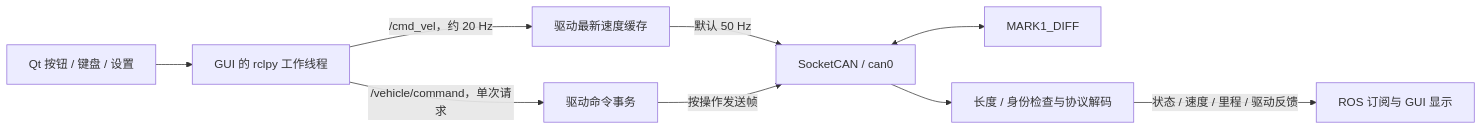
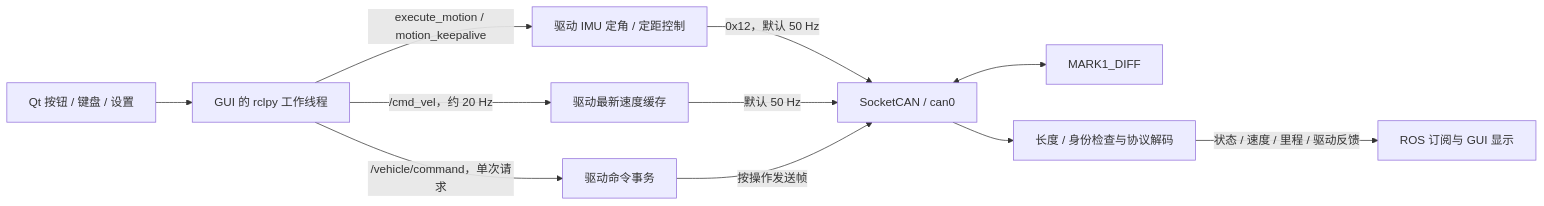
The first of 2 diagrams in docs/gui-can.md (lk888l/xpkg_vehicle), drawn with Mermaid before and after one commit. The commit also changed other lines of this file and 149 other files, not shown here.

````diff
--- a/docs/gui-can.md
+++ b/docs/gui-can.md
@@ -7,11 +9,13 @@
 ```mermaid
 flowchart LR
   UI["Qt 按钮 / 键盘 / 设置"] --> Worker["GUI 的 rclpy 工作线程"]
   Worker -->|"/cmd_vel，约 20 Hz"| Motion["驱动最新速度缓存"]
   Worker -->|"/vehicle/command，单次请求"| Service["驱动命令事务"]
+  Worker -->|"execute_motion / motion_keepalive"| Goal["驱动 IMU 定角 / 定距控制"]
+  Goal -->|"0x12，默认 50 Hz"| CAN
   Motion -->|"默认 50 Hz"| CAN["SocketCAN / can0"]
   Service -->|"按操作发送帧"| CAN
   CAN <--> Device["MARK1_DIFF"]
   CAN --> Decode["长度 / 身份检查与协议解码"]
   Decode -->|"状态 / 速度 / 里程 / 驱动反馈"| Display["ROS 订阅与 GUI 显示"]
 ```
````
